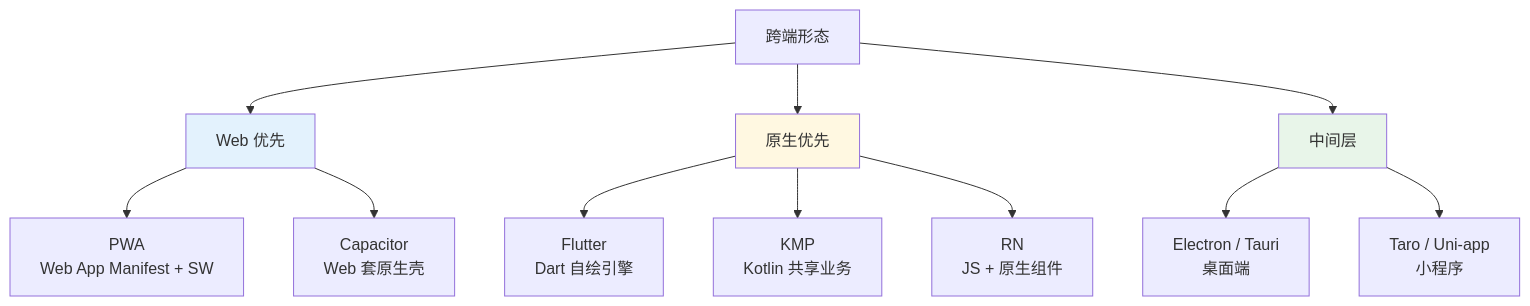
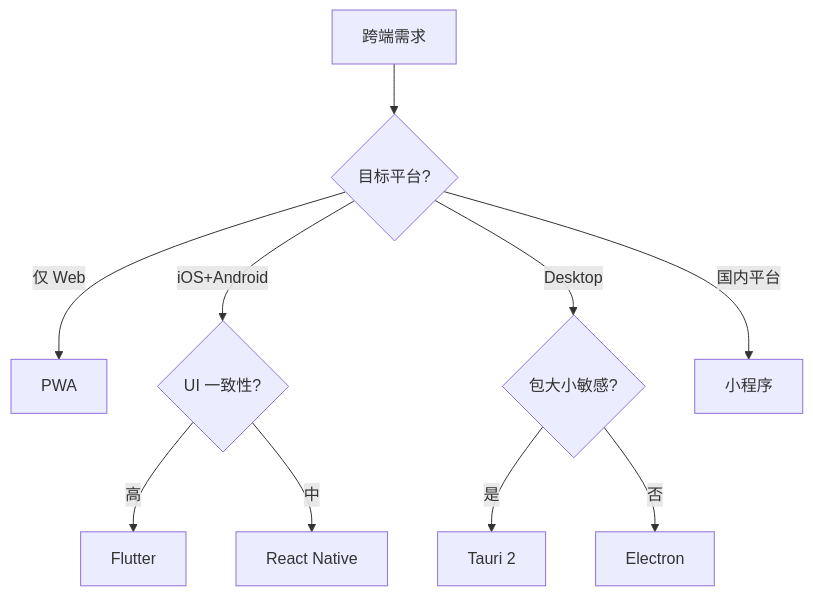
One commit to wb04307201/wb04307201 changed the diagram in note/09.front-end/08-cross-platform/README.md. Above: the diagram before and after it, drawn with Mermaid. The commit also changed other lines of this file, not shown here.

````diff
--- a/note/09.front-end/08-cross-platform/README.md
+++ b/note/09.front-end/08-cross-platform/README.md
@@ -24,16 +34,12 @@
 ```mermaid
-graph TB
-  A[跨端形态] --> B[Web 优先]
-  A --> C[原生优先]
-  A --> D[中间层]
-  B --> B1[PWA<br/>Web App Manifest + SW]
-  B --> B2[Capacitor<br/>Web 套原生壳]
-  C --> C1[Flutter<br/>Dart 自绘引擎]
-  C --> C2[KMP<br/>Kotlin 共享业务]
-  C --> C3[RN<br/>JS + 原生组件]
-  D --> D1[Electron / Tauri<br/>桌面端]
-  D --> D2[Taro / Uni-app<br/>小程序]
-  style B fill:#e3f2fd
-  style C fill:#fff8e1
-  style D fill:#e8f5e9
+flowchart TD
+    A[跨端需求] --> B{目标平台?}
+    B -->|仅 Web| C[PWA]
+    B -->|iOS+Android| D{UI 一致性?}
+    D -->|高| E[Flutter]
+    D -->|中| F[React Native]
+    B -->|Desktop| G{包大小敏感?}
+    G -->|是| H[Tauri 2]
+    G -->|否| I[Electron]
+    B -->|国内平台| J[小程序]
 ```
````
